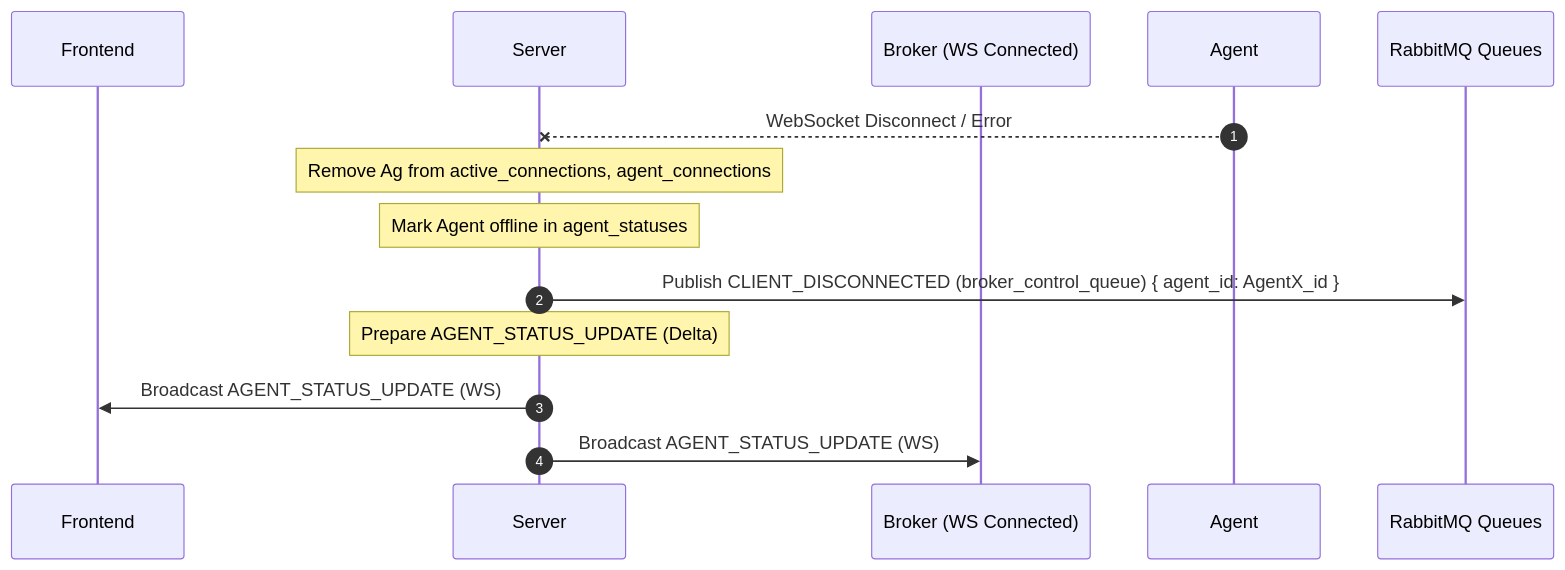
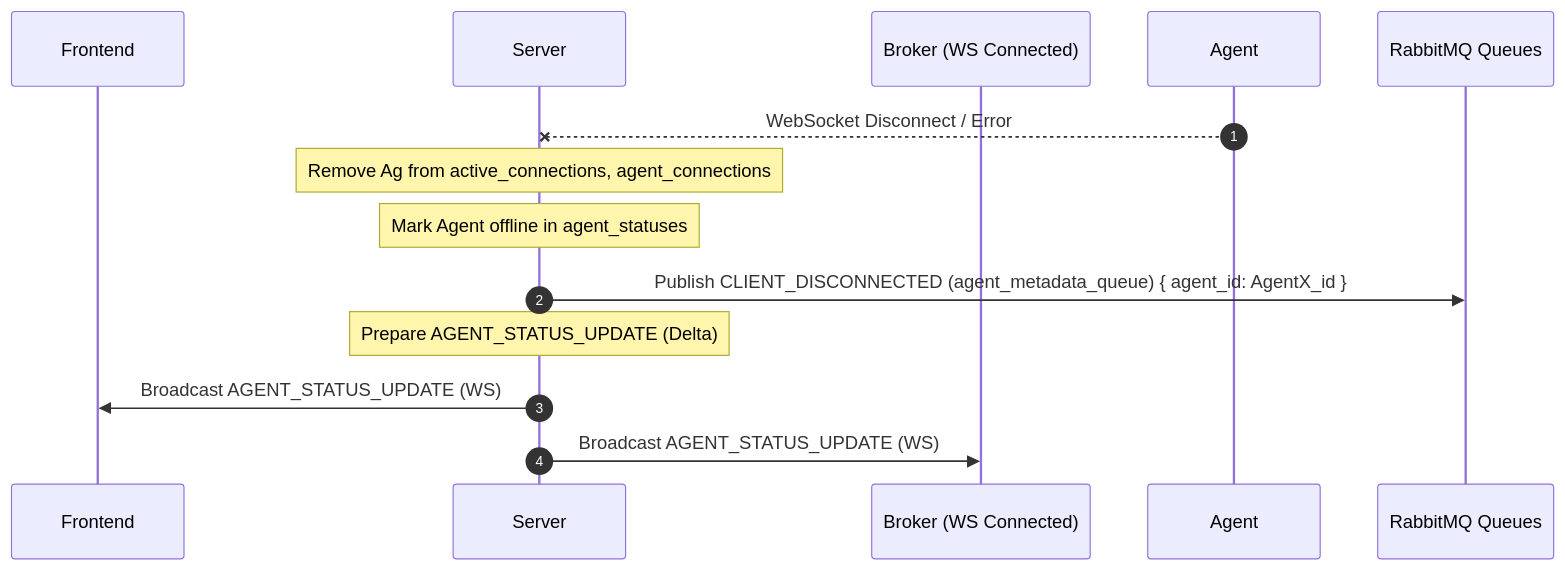
Before and after one commit to jt-f/community: the fifth of 5 diagrams in server/README.md, drawn with Mermaid. The commit also changed other lines of this file and 5 other files, not shown here.

````diff
--- a/server/README.md
+++ b/server/README.md
@@ -139,18 +139,18 @@
 ```mermaid
 sequenceDiagram
     autonumber
     participant FE as Frontend
     participant Srv as Server
     participant Bkr as Broker (WS Connected)
     participant Ag as Agent
     participant RMQ as RabbitMQ Queues
 
     Ag--xSrv: WebSocket Disconnect / Error
     Note over Srv: Remove Ag from active_connections, agent_connections
     Note over Srv: Mark Agent offline in agent_statuses
-    Srv->>RMQ: Publish CLIENT_DISCONNECTED (broker_control_queue) { agent_id: AgentX_id }
+    Srv->>RMQ: Publish CLIENT_DISCONNECTED (agent_metadata_queue) { agent_id: AgentX_id }
     Note over Srv: Prepare AGENT_STATUS_UPDATE (Delta)
     Srv->>FE: Broadcast AGENT_STATUS_UPDATE (WS)
     Srv->>Bkr: Broadcast AGENT_STATUS_UPDATE (WS)
 
 ```
````
